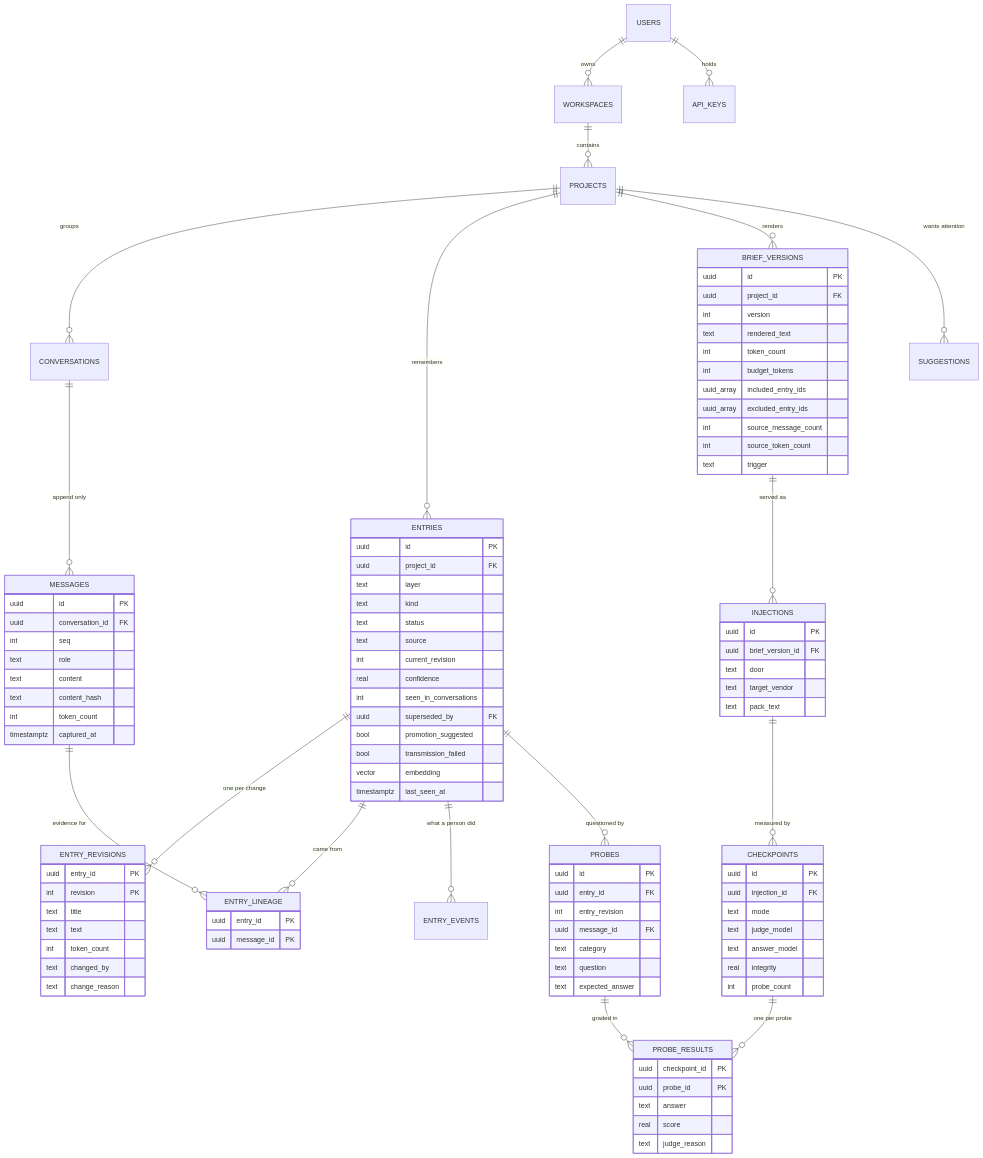
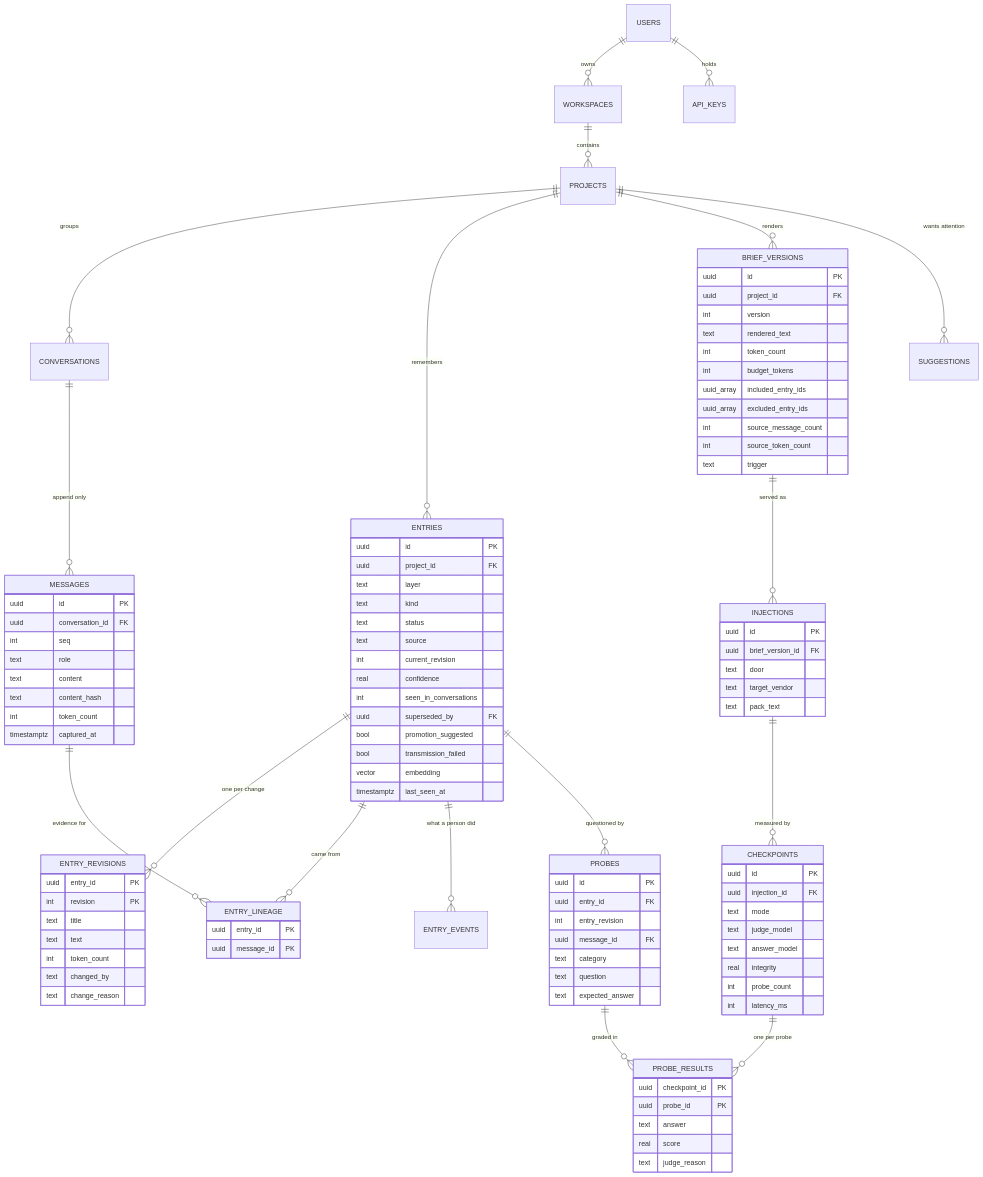
Before and after one commit to MoAbboud/PortFolio: the first of 2 diagrams in herder/requirements/04-data-model.md, drawn with Mermaid. The commit also changed other lines of this file and 24 other files, not shown here.

```diff
--- a/herder/requirements/04-data-model.md
+++ b/herder/requirements/04-data-model.md
@@ -137,6 +137,7 @@
         text answer_model
         real integrity
         int probe_count
+        int latency_ms
     }
     PROBE_RESULTS {
         uuid checkpoint_id PK
```
